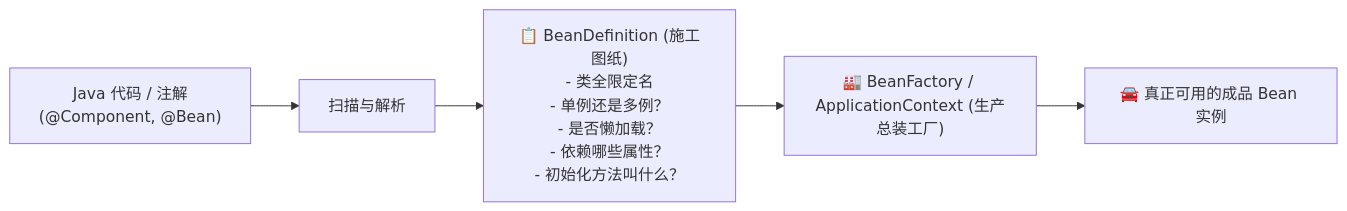
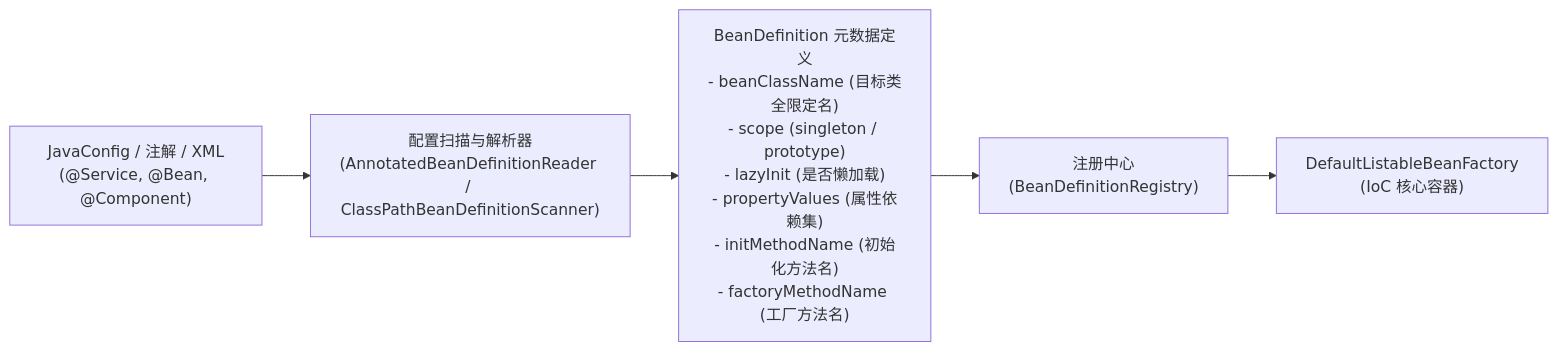
Before and after one commit to GuoWWWX/knowledge-base: the second of 3 diagrams in 20-Java后端/04-Spring生态/01-IoC容器与Bean生命周期.md, drawn with Mermaid. The commit also changed other lines of this file and 234 other files, not shown here.

````diff
--- a/20-Java后端/04-Spring生态/01-IoC容器与Bean生命周期.md
+++ b/20-Java后端/04-Spring生态/01-IoC容器与Bean生命周期.md
@@ -52,7 +51,7 @@
 ```mermaid
 flowchart LR
-    Source["Java 代码 / 注解<br/>(@Component, @Bean)"] --> Reader["扫描与解析"]
-    Reader --> BD["📋 BeanDefinition (施工图纸)<br/>- 类全限定名<br/>- 单例还是多例？<br/>- 是否懒加载？<br/>- 依赖哪些属性？<br/>- 初始化方法叫什么？"]
-    BD --> Factory["🏭 BeanFactory / ApplicationContext (生产总装工厂)"]
-    Factory --> RealBean["🚘 真正可用的成品 Bean 实例"]
+    Source["JavaConfig / 注解 / XML<br/>(@Service, @Bean, @Component)"] --> Reader["配置扫描与解析器<br/>(AnnotatedBeanDefinitionReader / ClassPathBeanDefinitionScanner)"]
+    Reader --> BD["BeanDefinition 元数据定义<br/>- beanClassName (目标类全限定名)<br/>- scope (singleton / prototype)<br/>- lazyInit (是否懒加载)<br/>- propertyValues (属性依赖集)<br/>- initMethodName (初始化方法名)<br/>- factoryMethodName (工厂方法名)"]
+    BD --> Registry["注册中心<br/>(BeanDefinitionRegistry)"]
+    Registry --> Factory["DefaultListableBeanFactory<br/>(IoC 核心容器)"]
 ```
````
